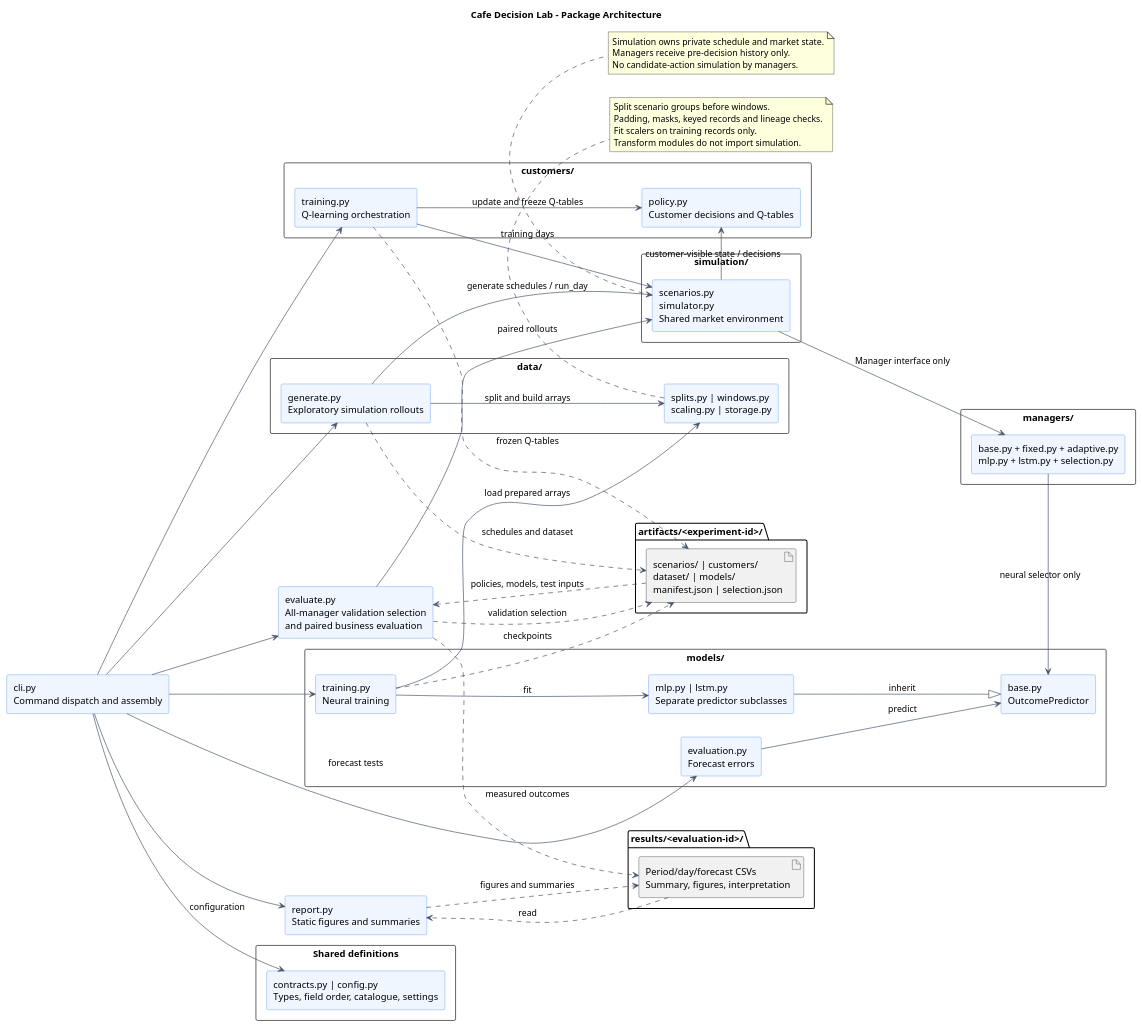
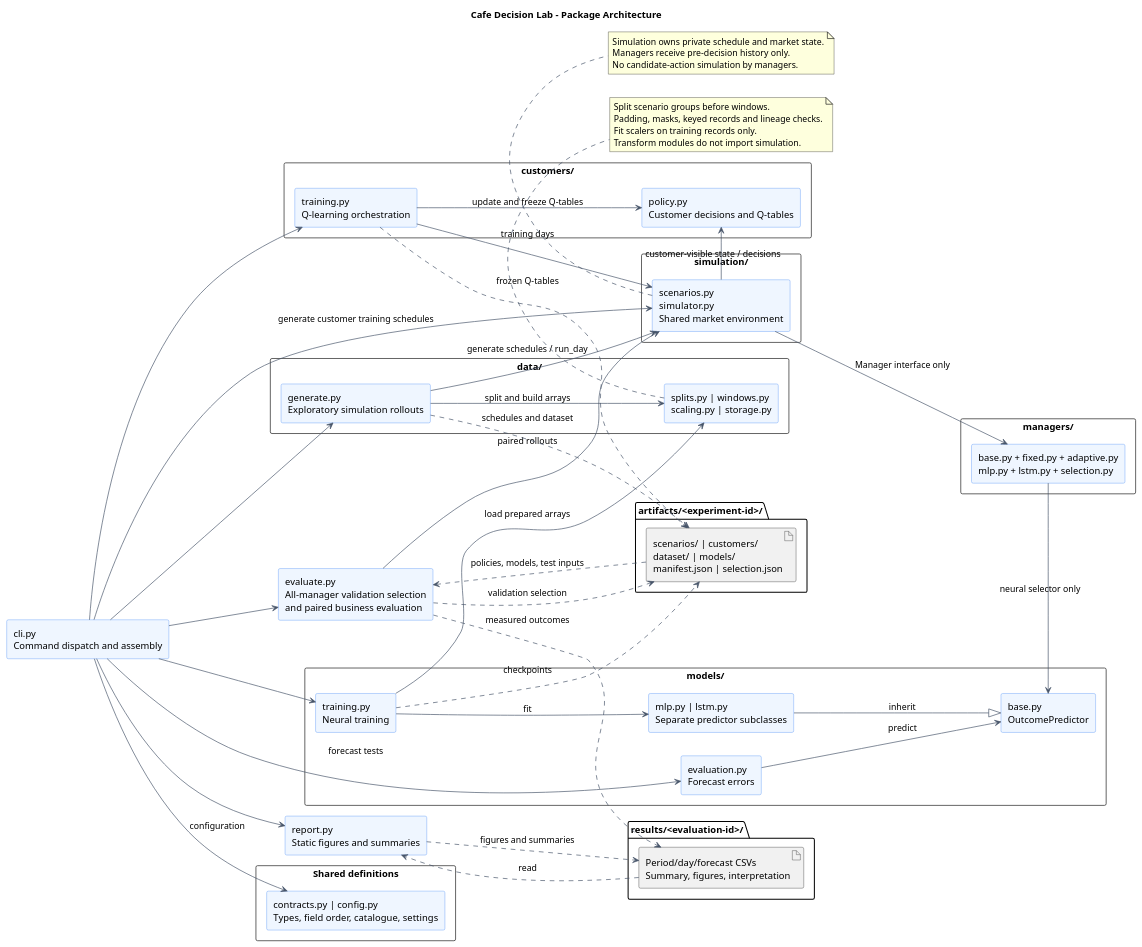
Before and after one commit to enzo-dosanjos/cafe-decision-lab: the diagram in docs/architecture/diagrams/src/architecture.puml, drawn with PlantUML. The commit also changed 9 other files, not shown here.

```diff
--- a/docs/architecture/diagrams/src/architecture.puml
+++ b/docs/architecture/diagrams/src/architecture.puml
@@ -1,85 +1,86 @@
 @startuml cafe_architecture
 title Cafe Decision Lab - Package Architecture
 left to right direction
 skinparam componentStyle rectangle
 skinparam shadowing false
 skinparam defaultFontName SansSerif
 skinparam packageStyle rectangle
 skinparam componentBackgroundColor #EFF6FF
 skinparam componentBorderColor #3B82F6
 skinparam ArrowColor #475569
 
 component "cli.py\nCommand dispatch and assembly" as CLI
 package "simulation/" {
   component "scenarios.py\nsimulator.py\nShared market environment" as Simulation
 }
 package "customers/" {
   component "policy.py\nCustomer decisions and Q-tables" as Customers
   component "training.py\nQ-learning orchestration" as CustomerTrain
 }
 package "managers/" {
   component "base.py + fixed.py + adaptive.py\nmlp.py + lstm.py + selection.py" as Managers
 }
 package "data/" {
   component "generate.py\nExploratory simulation rollouts" as Generate
   component "splits.py | windows.py\nscaling.py | storage.py" as Prepare
 }
 package "models/" {
   component "base.py\nOutcomePredictor" as Predictor
   component "mlp.py | lstm.py\nSeparate predictor subclasses" as Predictors
   component "training.py\nNeural training" as Train
   component "evaluation.py\nForecast errors" as Forecast
 }
 component "evaluate.py\nAll-manager validation selection\nand paired business evaluation" as Evaluate
 component "report.py\nStatic figures and summaries" as Report
 package "Shared definitions" {
   component "contracts.py | config.py\nTypes, field order, catalogue, settings" as Shared
 }
 folder "artifacts/<experiment-id>/" as Artifacts {
   artifact "scenarios/ | customers/\ndataset/ | models/\nmanifest.json | selection.json" as Saved
 }
 folder "results/<evaluation-id>/" as Results {
   artifact "Period/day/forecast CSVs\nSummary, figures, interpretation" as Output
 }
 
 CLI --> CustomerTrain
+CLI --> Simulation : generate customer training schedules
 CLI --> Generate
 CLI --> Train
 CLI --> Evaluate
 CLI --> Report
 CLI --> Shared : configuration
 CustomerTrain --> Simulation : training days
 Simulation --> Managers : Manager interface only
 Simulation --> Customers : customer-visible state / decisions
 CustomerTrain --> Customers : update and freeze Q-tables
 Managers --> Predictor : neural selector only
 Predictors --|> Predictor : inherit
 Generate --> Simulation : generate schedules / run_day
 Generate --> Prepare : split and build arrays
 Train --> Predictors : fit
 Train --> Prepare : load prepared arrays
 Forecast --> Predictor : predict
 Evaluate --> Simulation : paired rollouts
 CLI --> Forecast : forecast tests
 
 Generate ..> Saved : schedules and dataset
 CustomerTrain ..> Saved : frozen Q-tables
 Train ..> Saved : checkpoints
 Saved ..> Evaluate : policies, models, test inputs
 Evaluate ..> Saved : validation selection
 Evaluate ..> Output : measured outcomes
 Output ..> Report : read
 Report ..> Output : figures and summaries
 
 note bottom of Simulation
   Simulation owns private schedule and market state.
   Managers receive pre-decision history only.
   No candidate-action simulation by managers.
 end note
 note bottom of Prepare
   Split scenario groups before windows.
   Padding, masks, keyed records and lineage checks.
   Fit scalers on training records only.
   Transform modules do not import simulation.
 end note
 @enduml
```
